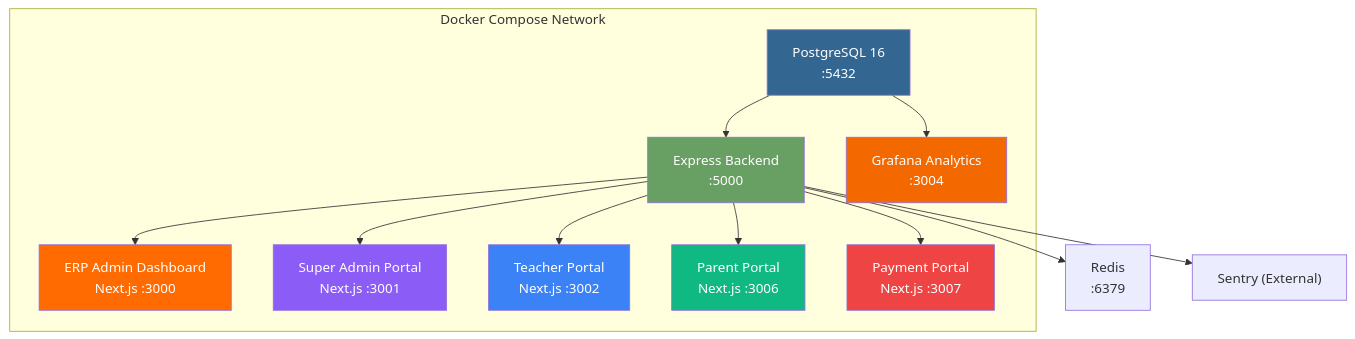
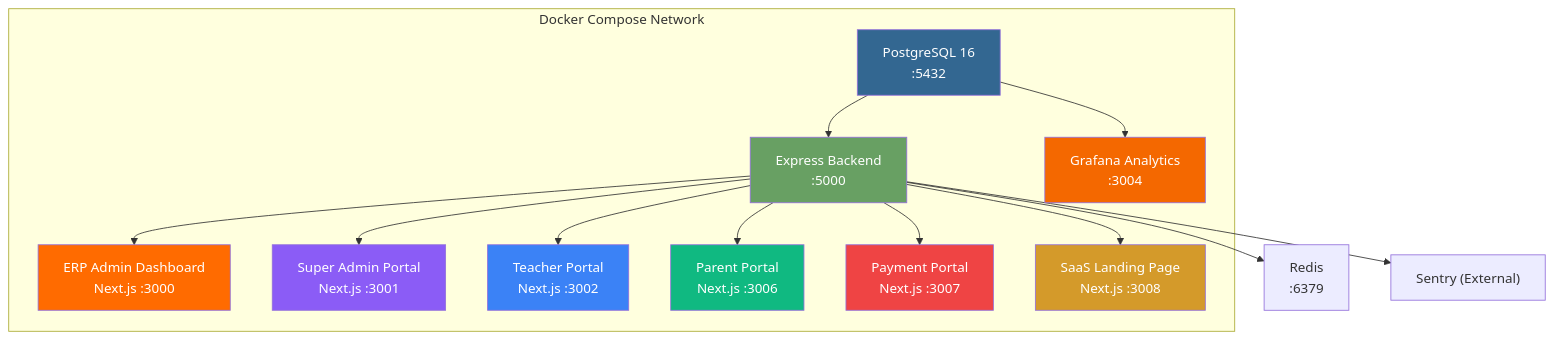
The first of 7 diagrams in ssvm_openapi_documentation.md (pavo-bit/erp), drawn with Mermaid before and after one commit. The commit also changed other lines of this file and 124 other files, not shown here.

````diff
--- a/ssvm_openapi_documentation.md
+++ b/ssvm_openapi_documentation.md
@@ -22,32 +22,35 @@
 ```mermaid
 graph TB
     subgraph "Docker Compose Network"
         DB["PostgreSQL 16<br/>:5432"]
         API["Express Backend<br/>:5000"]
         ERP["ERP Admin Dashboard<br/>Next.js :3000"]
         SA["Super Admin Portal<br/>Next.js :3001"]
         TP["Teacher Portal<br/>Next.js :3002"]
         PP["Parent Portal<br/>Next.js :3006"]
         PAY["Payment Portal<br/>Next.js :3007"]
+        SAAS["SaaS Landing Page<br/>Next.js :3008"]
         GF["Grafana Analytics<br/>:3004"]
     end
 
     DB --> API
     API --> ERP
     API --> SA
     API --> TP
     API --> PP
     API --> PAY
+    API --> SAAS
     API --> REDIS["Redis<br/>:6379"]
     API --> SENTRY["Sentry (External)"]
     DB --> GF
 
     style DB fill:#336791,color:#fff
     style API fill:#68A063,color:#fff
     style ERP fill:#FF6B00,color:#fff
     style SA fill:#8B5CF6,color:#fff
     style TP fill:#3B82F6,color:#fff
     style PP fill:#10B981,color:#fff
     style PAY fill:#EF4444,color:#fff
+    style SAAS fill:#D49A2A,color:#fff
     style GF fill:#F46800,color:#fff
 ```
````
